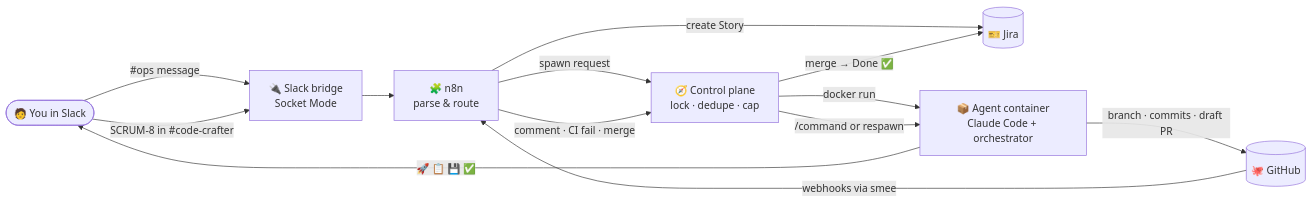
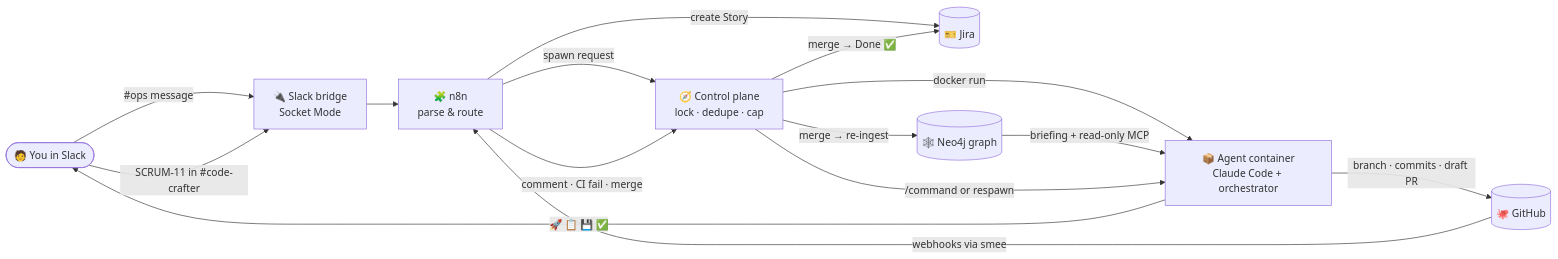
The diagram in README.md (anandgupta193/code-crafter), drawn with Mermaid before and after one commit. The commit also changed other lines of this file and 1 other file, not shown here.

Commit message:
docs: README for Phase 2 (architecture graph), real numbers, quick start with Neo4j + Ollama

````diff
--- a/README.md
+++ b/README.md
@@ -70,15 +114,17 @@
 ```mermaid
 flowchart LR
     U([🧑 You in Slack]) -->|#ops message| B
-    U -->|SCRUM-8 in #code-crafter| B
+    U -->|SCRUM-11 in #code-crafter| B
     B[🔌 Slack bridge<br/>Socket Mode] --> N[🧩 n8n<br/>parse & route]
     N -->|create Story| J[(🎫 Jira)]
     N -->|spawn request| C[🧭 Control plane<br/>lock · dedupe · cap]
     C -->|docker run| A[📦 Agent container<br/>Claude Code + orchestrator]
+    K[(🕸️ Neo4j graph)] -->|briefing + read-only MCP| A
     A -->|branch · commits · draft PR| G[(🐙 GitHub)]
     A -->|🚀 📋 💾 ✅| U
     G -->|webhooks via smee| N
     N -->|comment · CI fail · merge| C
     C -->|/command or respawn| A
     C -->|merge → Done ✅| J
+    C -->|merge → re-ingest| K
 ```
````
